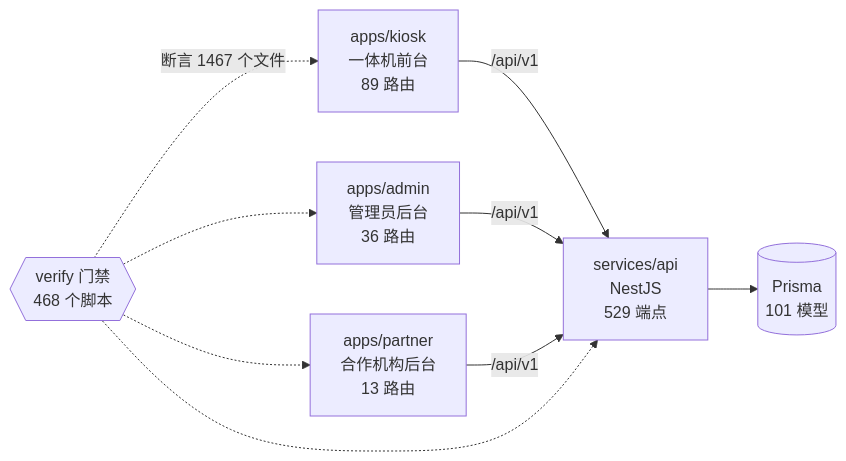
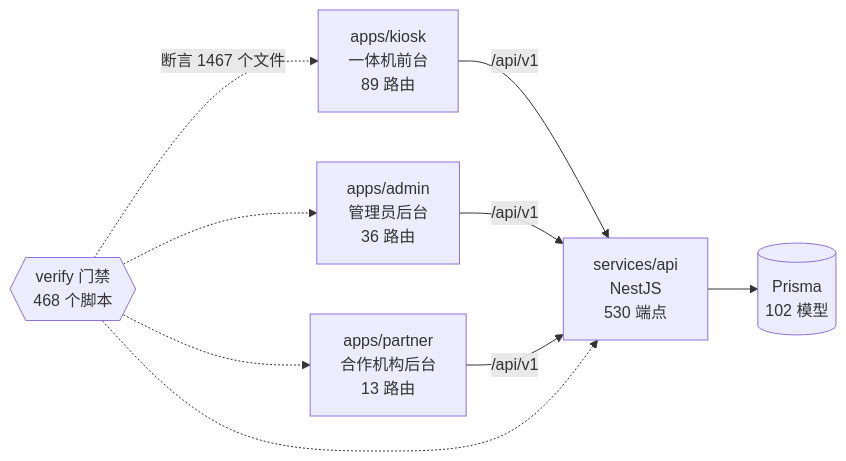
Before and after one commit to wanglei581/YITIJI: the diagram in docs/graph/README.md, drawn with Mermaid. The commit also changed other lines of this file and 4 other files, not shown here.

First line of the commit message:
chore(graph): record print-order resolve and OrderSubmissionLedger

````diff
--- a/docs/graph/README.md
+++ b/docs/graph/README.md
@@ -68,18 +68,18 @@
 ```mermaid
 flowchart LR
   kiosk["apps/kiosk<br/>一体机前台<br/>89 路由"]
   admin["apps/admin<br/>管理员后台<br/>36 路由"]
   partner["apps/partner<br/>合作机构后台<br/>13 路由"]
-  api["services/api<br/>NestJS<br/>529 端点"]
-  db[("Prisma<br/>101 模型")]
+  api["services/api<br/>NestJS<br/>530 端点"]
+  db[("Prisma<br/>102 模型")]
   gates{{"verify 门禁<br/>468 个脚本"}}
 
   kiosk -->|"/api/v1"| api
   admin -->|"/api/v1"| api
   partner -->|"/api/v1"| api
   api --> db
   gates -.->|"断言 1467 个文件"| kiosk
   gates -.-> admin
   gates -.-> partner
   gates -.-> api
 ```
````
